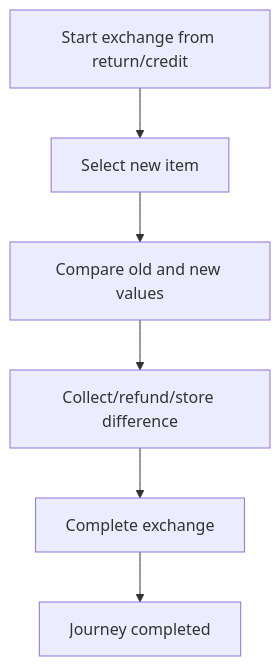
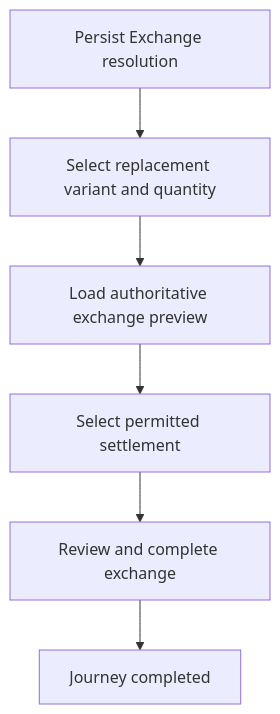
Before and after one commit to unicomproject/Pos-system-Knowledge: the diagram in 03_USER_JOURNEYS/Cashier/09_Exchange_Flow.md, drawn with Mermaid. The commit also changed other lines of this file and 56 other files, not shown here.

````diff
--- a/03_USER_JOURNEYS/Cashier/09_Exchange_Flow.md
+++ b/03_USER_JOURNEYS/Cashier/09_Exchange_Flow.md
@@ -46,9 +46,9 @@
 ```mermaid
 flowchart TD
-    S1[Start exchange from return/credit]
-    S1 --> S2[Select new item]
-    S2 --> S3[Compare old and new values]
-    S3 --> S4[Collect/refund/store difference]
-    S4 --> S5[Complete exchange]
+    S1[Persist Exchange resolution]
+    S1 --> S2[Select replacement variant and quantity]
+    S2 --> S3[Load authoritative exchange preview]
+    S3 --> S4[Select permitted settlement]
+    S4 --> S5[Review and complete exchange]
     S5 --> Done[Journey completed]
 ```
````
